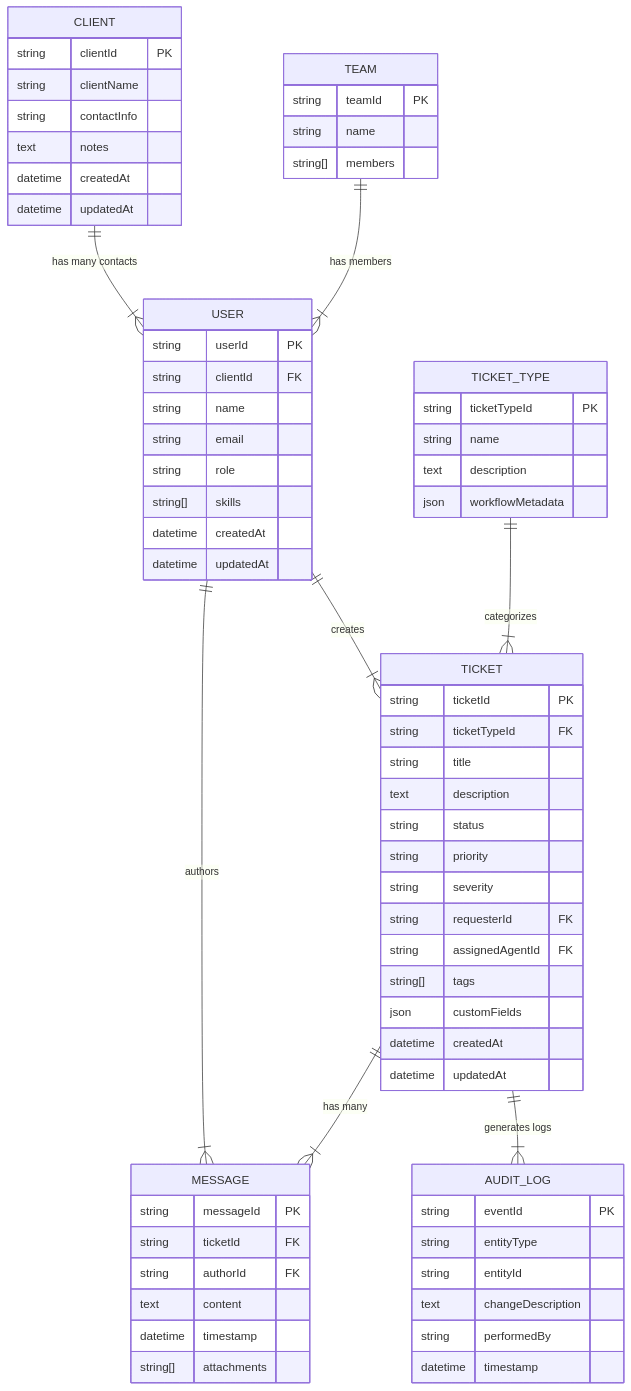
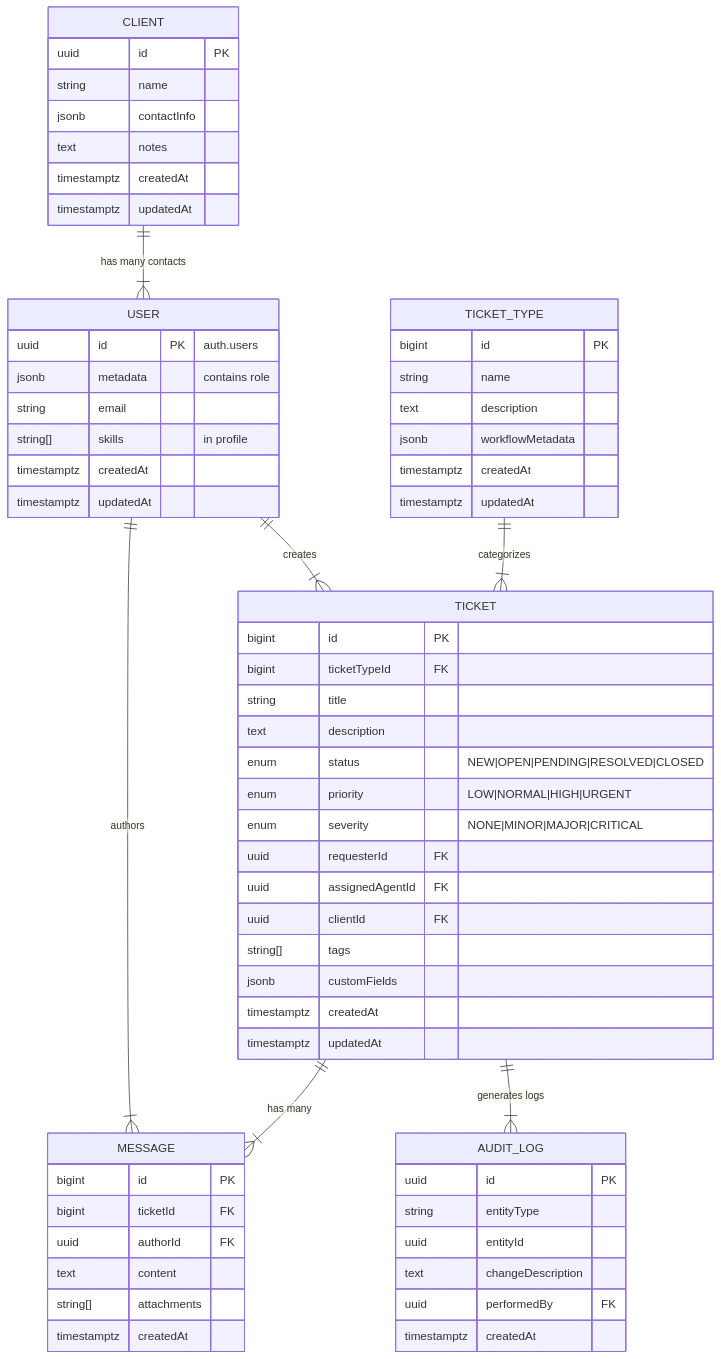
Before and after one commit to christophersutton/resonance: the diagram in _docs/product/domain-model.md, drawn with Mermaid. The commit also changed other lines of this file and 1 other file, not shown here.

````diff
--- a/_docs/product/domain-model.md
+++ b/_docs/product/domain-model.md
@@ -5,80 +5,73 @@
 ```mermaid
 erDiagram
     CLIENT ||--|{ USER : "has many contacts"
     USER ||--|{ TICKET : "creates"
     USER ||--|{ MESSAGE : "authors"
 
     TICKET_TYPE ||--|{ TICKET : "categorizes"
 
-    TEAM ||--|{ USER : "has members" 
-
     TICKET ||--|{ MESSAGE : "has many"
     TICKET ||--|{ AUDIT_LOG : "generates logs"
 
     CLIENT {
-        string clientId PK
-        string clientName
-        string contactInfo
+        uuid id PK
+        string name
+        jsonb contactInfo
         text notes
-        datetime createdAt
-        datetime updatedAt
+        timestamptz createdAt
+        timestamptz updatedAt
     }
 
     USER {
-        string userId PK
-        string clientId FK
-        string name
+        uuid id PK "auth.users"
+        jsonb metadata "contains role"
         string email
-        string role
-        string[] skills
-        datetime createdAt
-        datetime updatedAt
+        string[] skills "in profile"
+        timestamptz createdAt
+        timestamptz updatedAt
     }
 
     TICKET_TYPE {
-        string ticketTypeId PK
+        bigint id PK
         string name
         text description
-        json workflowMetadata
+        jsonb workflowMetadata
+        timestamptz createdAt
+        timestamptz updatedAt
     }
 
     TICKET {
-        string ticketId PK
-        string ticketTypeId FK
+        bigint id PK
+        bigint ticketTypeId FK
         string title
         text description
-        string status
-        string priority
-        string severity
-        string requesterId FK
-        string assignedAgentId FK
+        enum status "NEW|OPEN|PENDING|RESOLVED|CLOSED"
+        enum priority "LOW|NORMAL|HIGH|URGENT"
+        enum severity "NONE|MINOR|MAJOR|CRITICAL"
+        uuid requesterId FK
+        uuid assignedAgentId FK
+        uuid clientId FK
         string[] tags
-        json customFields
-        datetime createdAt
-        datetime updatedAt
+        jsonb customFields
+        timestamptz createdAt
+        timestamptz updatedAt
     }
 
     MESSAGE {
-        string messageId PK
-        string ticketId FK
-        string authorId FK
+        bigint id PK
+        bigint ticketId FK
+        uuid authorId FK
         text content
-        datetime timestamp
         string[] attachments
-    }
-
-    TEAM {
-        string teamId PK
-        string name
-        string[] members
+        timestamptz createdAt
     }
 
     AUDIT_LOG {
-        string eventId PK
+        uuid id PK
         string entityType
-        string entityId
+        uuid entityId
         text changeDescription
-        string performedBy
-        datetime timestamp
+        uuid performedBy FK
+        timestamptz createdAt
     }
 ```
````
